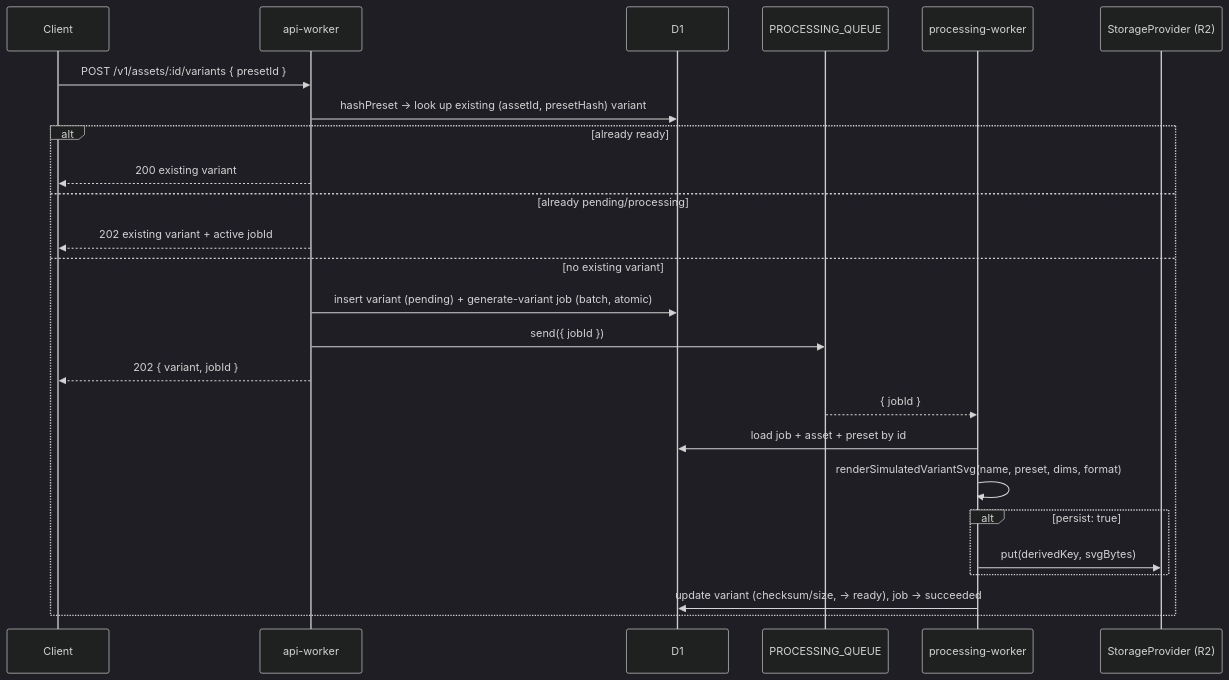
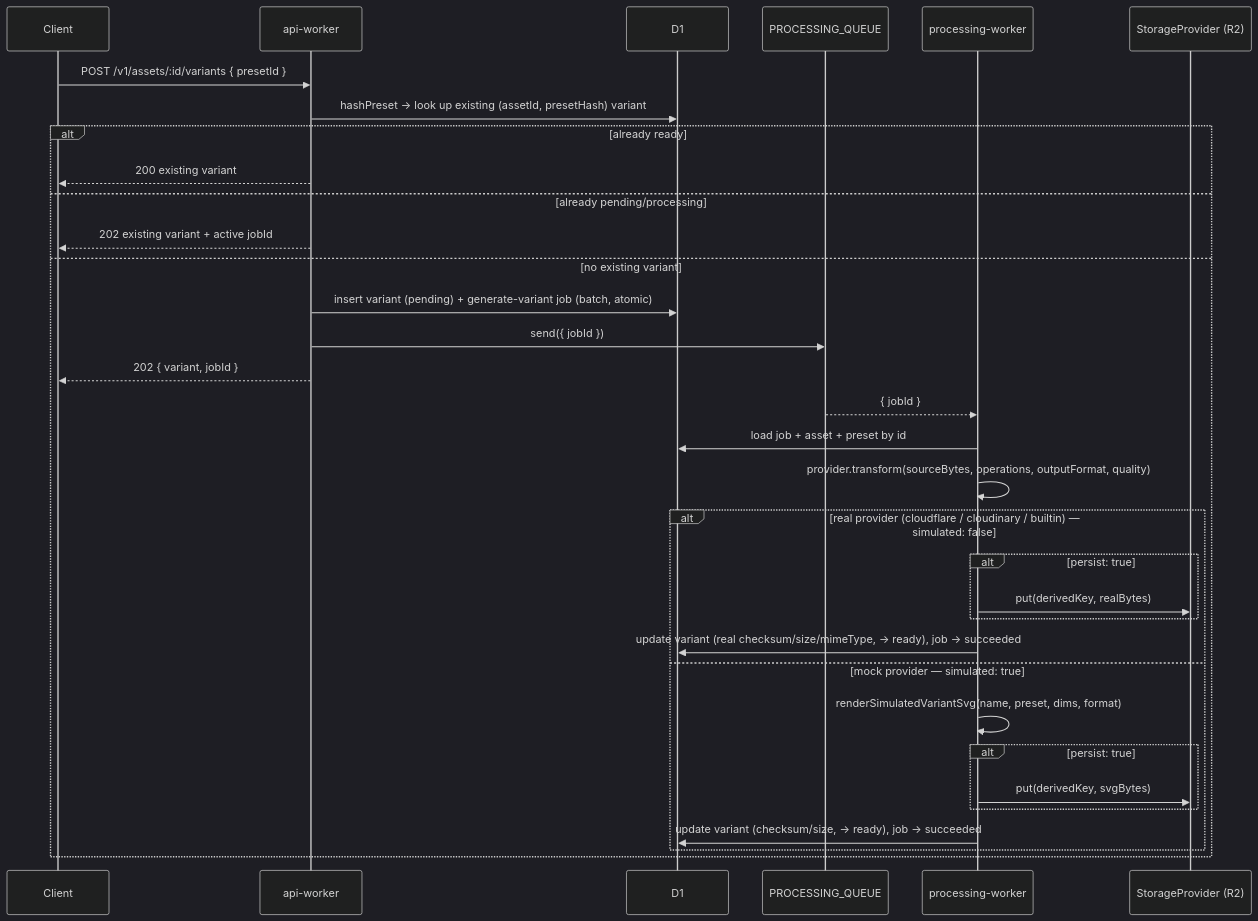
One commit to Andersseen/imageryx changed the fourth of 5 diagrams in ARCHITECTURE.md. Above: the diagram before and after it, drawn with Mermaid (dark theme). The commit also changed other lines of this file and 47 other files, not shown here.

First line of the commit message:
feat: real image optimization (Cloudflare Images, SVG) via presets (#78)

````diff
--- a/ARCHITECTURE.md
+++ b/ARCHITECTURE.md
@@ -406,28 +407,36 @@
 ```mermaid
 sequenceDiagram
   participant Client
   participant API as api-worker
   participant DB as D1
   participant Queue as PROCESSING_QUEUE
   participant Worker as processing-worker
   participant Storage as StorageProvider (R2)
 
   Client->>API: POST /v1/assets/:id/variants { presetId }
   API->>DB: hashPreset -> look up existing (assetId, presetHash) variant
   alt already ready
     API-->>Client: 200 existing variant
   else already pending/processing
     API-->>Client: 202 existing variant + active jobId
   else no existing variant
     API->>DB: insert variant (pending) + generate-variant job (batch, atomic)
     API->>Queue: send({ jobId })
     API-->>Client: 202 { variant, jobId }
     Queue-->>Worker: { jobId }
     Worker->>DB: load job + asset + preset by id
-    Worker->>Worker: renderSimulatedVariantSvg(name, preset, dims, format)
-    alt persist: true
-      Worker->>Storage: put(derivedKey, svgBytes)
+    Worker->>Worker: provider.transform(sourceBytes, operations, outputFormat, quality)
+    alt real provider (cloudflare / cloudinary / builtin) — simulated: false
+      alt persist: true
+        Worker->>Storage: put(derivedKey, realBytes)
+      end
+      Worker->>DB: update variant (real checksum/size/mimeType, -> ready), job -> succeeded
+    else mock provider — simulated: true
+      Worker->>Worker: renderSimulatedVariantSvg(name, preset, dims, format)
+      alt persist: true
+        Worker->>Storage: put(derivedKey, svgBytes)
+      end
+      Worker->>DB: update variant (checksum/size, -> ready), job -> succeeded
     end
-    Worker->>DB: update variant (checksum/size, -> ready), job -> succeeded
   end
 ```
````
